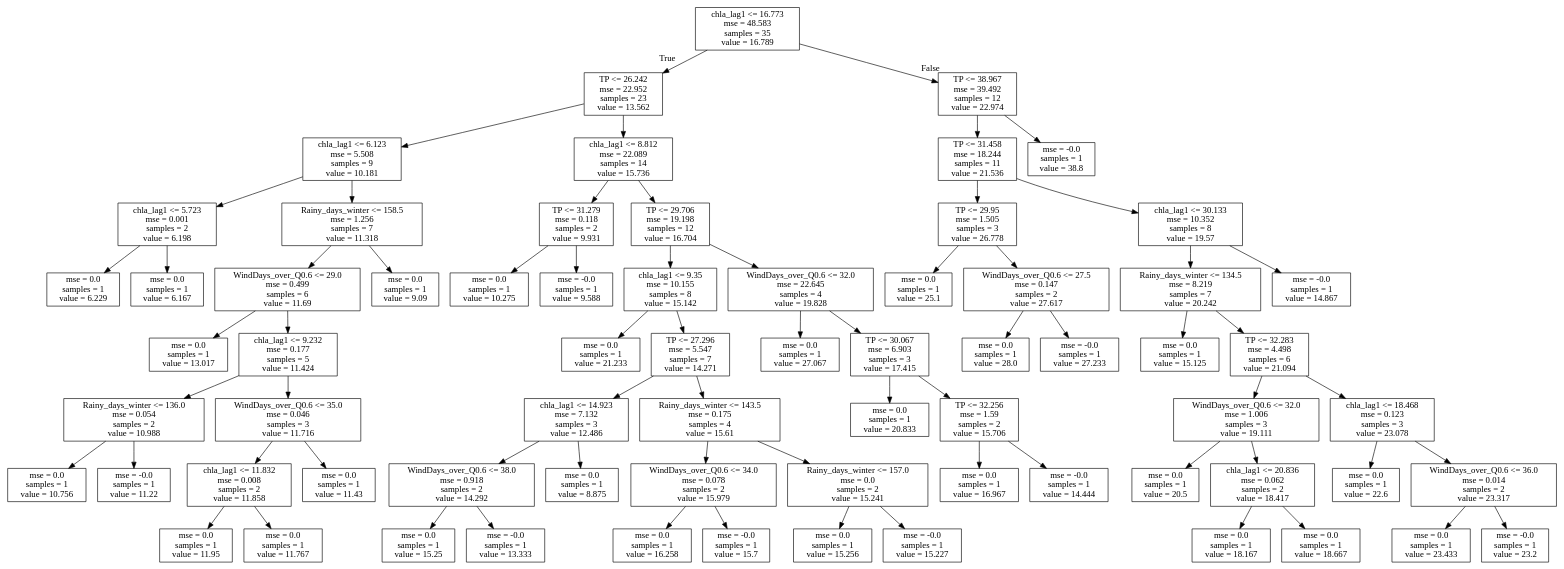
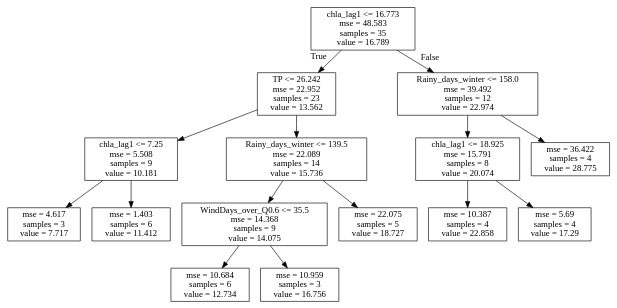
The diagram in Norway_Morsa/Model_Development/Figures/Discretization_regTrees/AllVarsTogether/aut_chla.dot (icra/WATExR), drawn with Graphviz before and after one commit. The commit also changed 56 other files, not shown here.

```diff
--- a/Norway_Morsa/Model_Development/Figures/Discretization_regTrees/AllVarsTogether/aut_chla.dot
+++ b/Norway_Morsa/Model_Development/Figures/Discretization_regTrees/AllVarsTogether/aut_chla.dot
@@ -1,140 +1,32 @@
 digraph Tree {
 node [shape=box] ;
 0 [label="chla_lag1 <= 16.773\nmse = 48.583\nsamples = 35\nvalue = 16.789"] ;
 1 [label="TP <= 26.242\nmse = 22.952\nsamples = 23\nvalue = 13.562"] ;
 0 -> 1 [labeldistance=2.5, labelangle=45, headlabel="True"] ;
-2 [label="chla_lag1 <= 6.123\nmse = 5.508\nsamples = 9\nvalue = 10.181"] ;
-1 -> 2 ;
-3 [label="chla_lag1 <= 5.723\nmse = 0.001\nsamples = 2\nvalue = 6.198"] ;
+5 [label="chla_lag1 <= 7.25\nmse = 5.508\nsamples = 9\nvalue = 10.181"] ;
+1 -> 5 ;
+13 [label="mse = 4.617\nsamples = 3\nvalue = 7.717"] ;
+5 -> 13 ;
+14 [label="mse = 1.403\nsamples = 6\nvalue = 11.412"] ;
+5 -> 14 ;
+6 [label="Rainy_days_winter <= 139.5\nmse = 22.089\nsamples = 14\nvalue = 15.736"] ;
+1 -> 6 ;
+7 [label="WindDays_over_Q0.6 <= 35.5\nmse = 14.368\nsamples = 9\nvalue = 14.075"] ;
+6 -> 7 ;
+11 [label="mse = 10.684\nsamples = 6\nvalue = 12.734"] ;
+7 -> 11 ;
+12 [label="mse = 10.959\nsamples = 3\nvalue = 16.756"] ;
+7 -> 12 ;
+8 [label="mse = 22.075\nsamples = 5\nvalue = 18.727"] ;
+6 -> 8 ;
+2 [label="Rainy_days_winter <= 158.0\nmse = 39.492\nsamples = 12\nvalue = 22.974"] ;
+0 -> 2 [labeldistance=2.5, labelangle=-45, headlabel="False"] ;
+3 [label="chla_lag1 <= 18.925\nmse = 15.791\nsamples = 8\nvalue = 20.074"] ;
 2 -> 3 ;
-4 [label="mse = 0.0\nsamples = 1\nvalue = 6.229"] ;
-3 -> 4 ;
-5 [label="mse = 0.0\nsamples = 1\nvalue = 6.167"] ;
-3 -> 5 ;
-6 [label="Rainy_days_winter <= 158.5\nmse = 1.256\nsamples = 7\nvalue = 11.318"] ;
-2 -> 6 ;
-7 [label="WindDays_over_Q0.6 <= 29.0\nmse = 0.499\nsamples = 6\nvalue = 11.69"] ;
-6 -> 7 ;
-8 [label="mse = 0.0\nsamples = 1\nvalue = 13.017"] ;
-7 -> 8 ;
-9 [label="chla_lag1 <= 9.232\nmse = 0.177\nsamples = 5\nvalue = 11.424"] ;
-7 -> 9 ;
-10 [label="Rainy_days_winter <= 136.0\nmse = 0.054\nsamples = 2\nvalue = 10.988"] ;
-9 -> 10 ;
-11 [label="mse = 0.0\nsamples = 1\nvalue = 10.756"] ;
-10 -> 11 ;
-12 [label="mse = -0.0\nsamples = 1\nvalue = 11.22"] ;
-10 -> 12 ;
-13 [label="WindDays_over_Q0.6 <= 35.0\nmse = 0.046\nsamples = 3\nvalue = 11.716"] ;
-9 -> 13 ;
-14 [label="chla_lag1 <= 11.832\nmse = 0.008\nsamples = 2\nvalue = 11.858"] ;
-13 -> 14 ;
-15 [label="mse = 0.0\nsamples = 1\nvalue = 11.95"] ;
-14 -> 15 ;
-16 [label="mse = 0.0\nsamples = 1\nvalue = 11.767"] ;
-14 -> 16 ;
-17 [label="mse = 0.0\nsamples = 1\nvalue = 11.43"] ;
-13 -> 17 ;
-18 [label="mse = 0.0\nsamples = 1\nvalue = 9.09"] ;
-6 -> 18 ;
-19 [label="chla_lag1 <= 8.812\nmse = 22.089\nsamples = 14\nvalue = 15.736"] ;
-1 -> 19 ;
-20 [label="TP <= 31.279\nmse = 0.118\nsamples = 2\nvalue = 9.931"] ;
-19 -> 20 ;
-21 [label="mse = 0.0\nsamples = 1\nvalue = 10.275"] ;
-20 -> 21 ;
-22 [label="mse = -0.0\nsamples = 1\nvalue = 9.588"] ;
-20 -> 22 ;
-23 [label="TP <= 29.706\nmse = 19.198\nsamples = 12\nvalue = 16.704"] ;
-19 -> 23 ;
-24 [label="chla_lag1 <= 9.35\nmse = 10.155\nsamples = 8\nvalue = 15.142"] ;
-23 -> 24 ;
-25 [label="mse = 0.0\nsamples = 1\nvalue = 21.233"] ;
-24 -> 25 ;
-26 [label="TP <= 27.296\nmse = 5.547\nsamples = 7\nvalue = 14.271"] ;
-24 -> 26 ;
-27 [label="chla_lag1 <= 14.923\nmse = 7.132\nsamples = 3\nvalue = 12.486"] ;
-26 -> 27 ;
-28 [label="WindDays_over_Q0.6 <= 38.0\nmse = 0.918\nsamples = 2\nvalue = 14.292"] ;
-27 -> 28 ;
-29 [label="mse = 0.0\nsamples = 1\nvalue = 15.25"] ;
-28 -> 29 ;
-30 [label="mse = -0.0\nsamples = 1\nvalue = 13.333"] ;
-28 -> 30 ;
-31 [label="mse = 0.0\nsamples = 1\nvalue = 8.875"] ;
-27 -> 31 ;
-32 [label="Rainy_days_winter <= 143.5\nmse = 0.175\nsamples = 4\nvalue = 15.61"] ;
-26 -> 32 ;
-33 [label="WindDays_over_Q0.6 <= 34.0\nmse = 0.078\nsamples = 2\nvalue = 15.979"] ;
-32 -> 33 ;
-34 [label="mse = 0.0\nsamples = 1\nvalue = 16.258"] ;
-33 -> 34 ;
-35 [label="mse = -0.0\nsamples = 1\nvalue = 15.7"] ;
-33 -> 35 ;
-36 [label="Rainy_days_winter <= 157.0\nmse = 0.0\nsamples = 2\nvalue = 15.241"] ;
-32 -> 36 ;
-37 [label="mse = 0.0\nsamples = 1\nvalue = 15.256"] ;
-36 -> 37 ;
-38 [label="mse = -0.0\nsamples = 1\nvalue = 15.227"] ;
-36 -> 38 ;
-39 [label="WindDays_over_Q0.6 <= 32.0\nmse = 22.645\nsamples = 4\nvalue = 19.828"] ;
-23 -> 39 ;
-40 [label="mse = 0.0\nsamples = 1\nvalue = 27.067"] ;
-39 -> 40 ;
-41 [label="TP <= 30.067\nmse = 6.903\nsamples = 3\nvalue = 17.415"] ;
-39 -> 41 ;
-42 [label="mse = 0.0\nsamples = 1\nvalue = 20.833"] ;
-41 -> 42 ;
-43 [label="TP <= 32.256\nmse = 1.59\nsamples = 2\nvalue = 15.706"] ;
-41 -> 43 ;
-44 [label="mse = 0.0\nsamples = 1\nvalue = 16.967"] ;
-43 -> 44 ;
-45 [label="mse = -0.0\nsamples = 1\nvalue = 14.444"] ;
-43 -> 45 ;
-46 [label="TP <= 38.967\nmse = 39.492\nsamples = 12\nvalue = 22.974"] ;
-0 -> 46 [labeldistance=2.5, labelangle=-45, headlabel="False"] ;
-47 [label="TP <= 31.458\nmse = 18.244\nsamples = 11\nvalue = 21.536"] ;
-46 -> 47 ;
-48 [label="TP <= 29.95\nmse = 1.505\nsamples = 3\nvalue = 26.778"] ;
-47 -> 48 ;
-49 [label="mse = 0.0\nsamples = 1\nvalue = 25.1"] ;
-48 -> 49 ;
-50 [label="WindDays_over_Q0.6 <= 27.5\nmse = 0.147\nsamples = 2\nvalue = 27.617"] ;
-48 -> 50 ;
-51 [label="mse = 0.0\nsamples = 1\nvalue = 28.0"] ;
-50 -> 51 ;
-52 [label="mse = -0.0\nsamples = 1\nvalue = 27.233"] ;
-50 -> 52 ;
-53 [label="chla_lag1 <= 30.133\nmse = 10.352\nsamples = 8\nvalue = 19.57"] ;
-47 -> 53 ;
-54 [label="Rainy_days_winter <= 134.5\nmse = 8.219\nsamples = 7\nvalue = 20.242"] ;
-53 -> 54 ;
-55 [label="mse = 0.0\nsamples = 1\nvalue = 15.125"] ;
-54 -> 55 ;
-56 [label="TP <= 32.283\nmse = 4.498\nsamples = 6\nvalue = 21.094"] ;
-54 -> 56 ;
-57 [label="WindDays_over_Q0.6 <= 32.0\nmse = 1.006\nsamples = 3\nvalue = 19.111"] ;
-56 -> 57 ;
-58 [label="mse = 0.0\nsamples = 1\nvalue = 20.5"] ;
-57 -> 58 ;
-59 [label="chla_lag1 <= 20.836\nmse = 0.062\nsamples = 2\nvalue = 18.417"] ;
-57 -> 59 ;
-60 [label="mse = 0.0\nsamples = 1\nvalue = 18.167"] ;
-59 -> 60 ;
-61 [label="mse = 0.0\nsamples = 1\nvalue = 18.667"] ;
-59 -> 61 ;
-62 [label="chla_lag1 <= 18.468\nmse = 0.123\nsamples = 3\nvalue = 23.078"] ;
-56 -> 62 ;
-63 [label="mse = 0.0\nsamples = 1\nvalue = 22.6"] ;
-62 -> 63 ;
-64 [label="WindDays_over_Q0.6 <= 36.0\nmse = 0.014\nsamples = 2\nvalue = 23.317"] ;
-62 -> 64 ;
-65 [label="mse = 0.0\nsamples = 1\nvalue = 23.433"] ;
-64 -> 65 ;
-66 [label="mse = -0.0\nsamples = 1\nvalue = 23.2"] ;
-64 -> 66 ;
-67 [label="mse = -0.0\nsamples = 1\nvalue = 14.867"] ;
-53 -> 67 ;
-68 [label="mse = -0.0\nsamples = 1\nvalue = 38.8"] ;
-46 -> 68 ;
+9 [label="mse = 10.387\nsamples = 4\nvalue = 22.858"] ;
+3 -> 9 ;
+10 [label="mse = 5.69\nsamples = 4\nvalue = 17.29"] ;
+3 -> 10 ;
+4 [label="mse = 36.422\nsamples = 4\nvalue = 28.775"] ;
+2 -> 4 ;
 }
```
